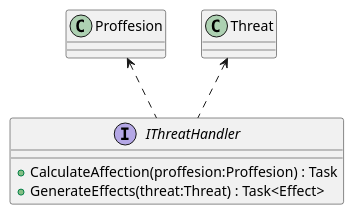
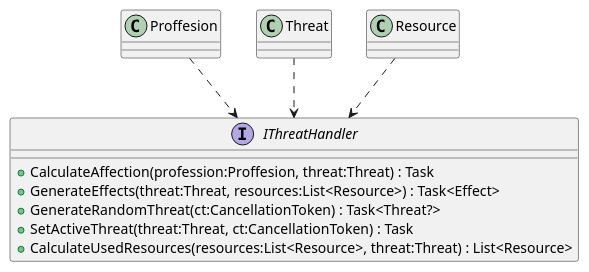
Before and after one commit to kollibroman/ColonySimulator: the diagram in UmlSchemas/ProjectSchema/Handlers/Interfaces/IThreatHandler.puml, drawn with PlantUML. The commit also changed 91 other files, not shown here.

```diff
--- a/UmlSchemas/ProjectSchema/Handlers/Interfaces/IThreatHandler.puml
+++ b/UmlSchemas/ProjectSchema/Handlers/Interfaces/IThreatHandler.puml
@@ -1,9 +1,13 @@
 @startuml
 interface IThreatHandler {
-    + CalculateAffection(proffesion:Proffesion) : Task
-    + GenerateEffects(threat:Threat) : Task<Effect>
+    + CalculateAffection(profession:Proffesion, threat:Threat) : Task
+    + GenerateEffects(threat:Threat, resources:List<Resource>) : Task<Effect>
+    + GenerateRandomThreat(ct:CancellationToken) : Task<Threat?>
+    + SetActiveThreat(threat:Threat, ct:CancellationToken) : Task
+    + CalculateUsedResources(resources:List<Resource>, threat:Threat) : List<Resource>
 }
 
-Proffesion <.. IThreatHandler
-Threat <.. IThreatHandler
+Proffesion ..> IThreatHandler
+Threat ..> IThreatHandler
+Resource ..> IThreatHandler
 @enduml
```
